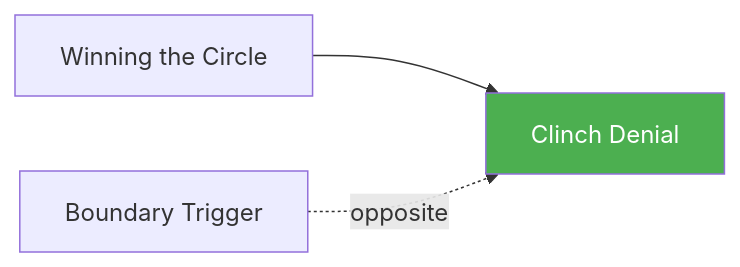
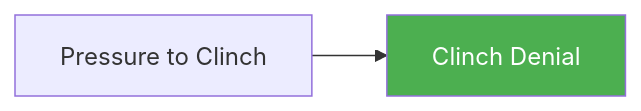
One commit to ACalienes/Ecological-MMA-Game-System changed the diagram in docs/games/clinch-denial.md. Above: the diagram before and after it, drawn with Mermaid. The commit also changed other lines of this file and 62 other files, not shown here.

````diff
--- a/docs/games/clinch-denial.md
+++ b/docs/games/clinch-denial.md
@@ -148,7 +286,6 @@
 ```mermaid
 flowchart LR
-    A[Winning the Circle] --> B[Clinch Denial]
-    C[Boundary Trigger] -.->|opposite| B
+    A[Pressure to Clinch] --> B[Clinch Denial]
 
     style B fill:#4CAF50,color:#fff
 ```
````
